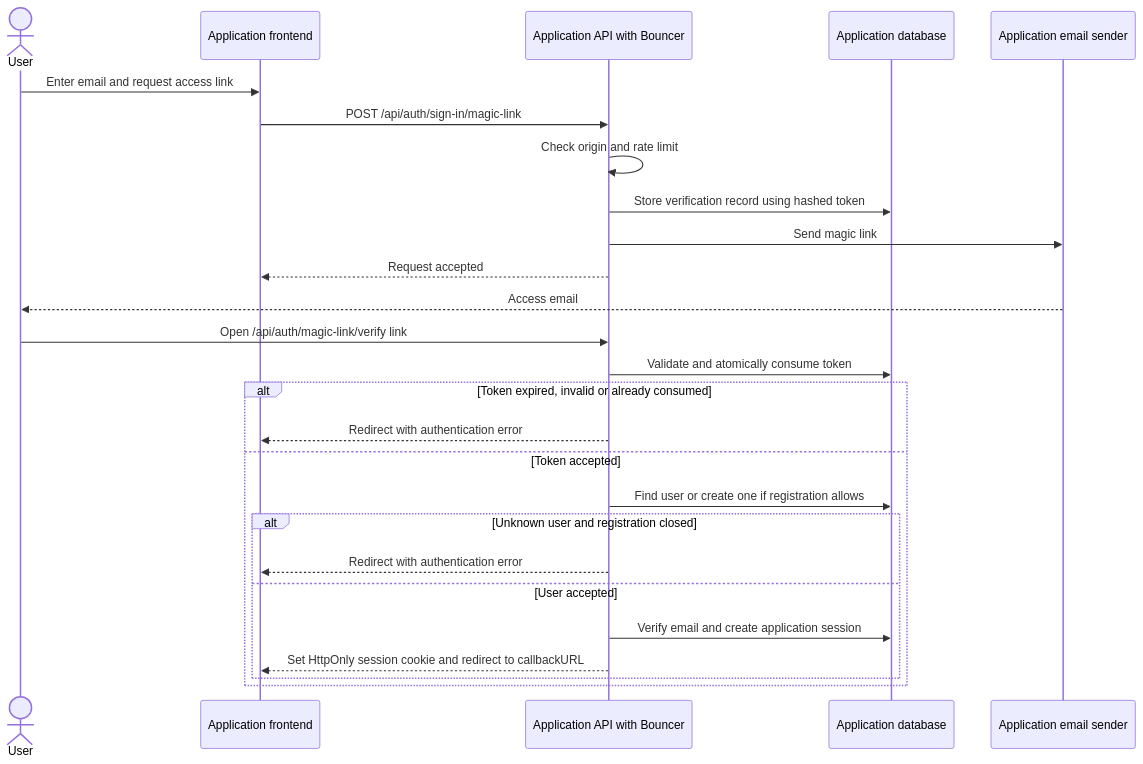
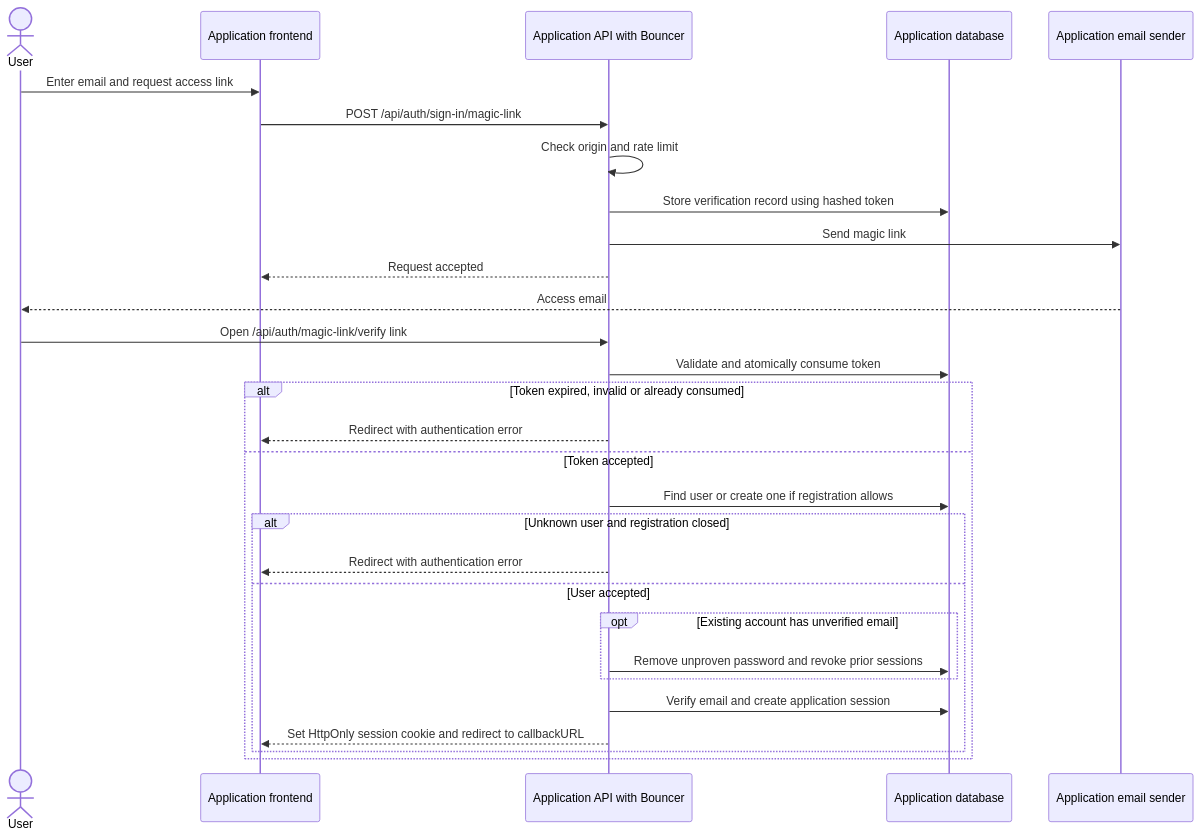
The seventh of 11 diagrams in docs/auth-flows.md (megara-arevaco/bouncer), drawn with Mermaid before and after one commit. The commit also changed other lines of this file and 11 other files, not shown here.

Commit message:
Ship versioned library releases and document authentication flows

````diff
--- a/docs/auth-flows.md
+++ b/docs/auth-flows.md
@@ -141,28 +198,31 @@
 ```mermaid
 sequenceDiagram
     actor User
     participant UI as Application frontend
     participant API as Application API with Bouncer
     participant DB as Application database
     participant Mail as Application email sender
     User->>UI: Enter email and request access link
     UI->>API: POST /api/auth/sign-in/magic-link
     API->>API: Check origin and rate limit
     API->>DB: Store verification record using hashed token
     API->>Mail: Send magic link
     API-->>UI: Request accepted
     Mail-->>User: Access email
     User->>API: Open /api/auth/magic-link/verify link
     API->>DB: Validate and atomically consume token
     alt Token expired, invalid or already consumed
         API-->>UI: Redirect with authentication error
     else Token accepted
         API->>DB: Find user or create one if registration allows
         alt Unknown user and registration closed
             API-->>UI: Redirect with authentication error
         else User accepted
+            opt Existing account has unverified email
+                API->>DB: Remove unproven password and revoke prior sessions
+            end
             API->>DB: Verify email and create application session
             API-->>UI: Set HttpOnly session cookie and redirect to callbackURL
         end
     end
 ```
````
